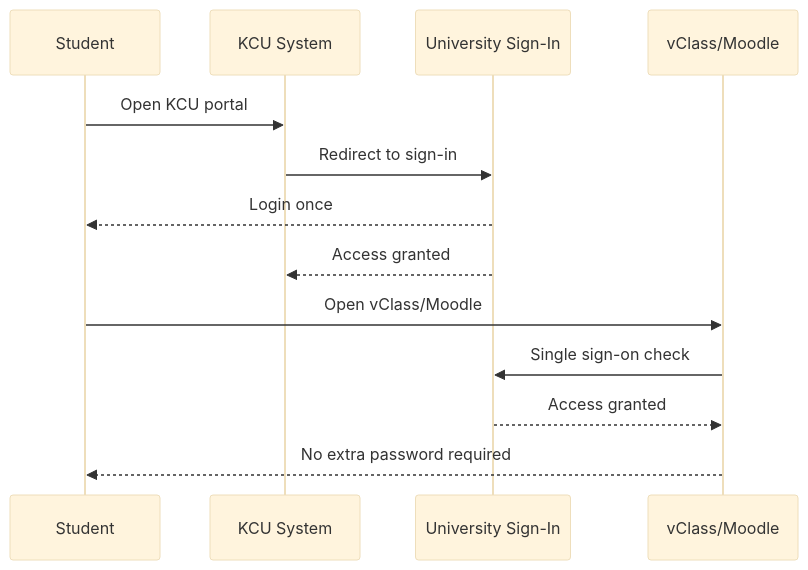
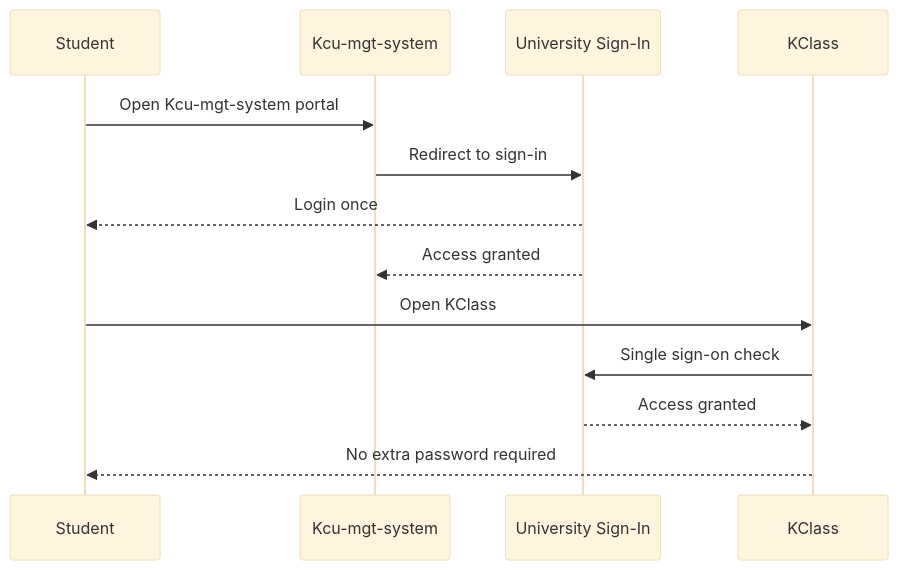
The fifth of 6 diagrams in docs/FLOW_OVERVIEW_README.md (Iranks20/university-mgt-system-frontend), drawn with Mermaid (base theme) before and after one commit. The commit also changed other lines of this file, not shown here.

````diff
--- a/docs/FLOW_OVERVIEW_README.md
+++ b/docs/FLOW_OVERVIEW_README.md
@@ -183,16 +183,16 @@
 ```mermaid
 sequenceDiagram
   participant Student
-  participant KCU as KCU System
+  participant KCU as Kcu-mgt-system
   participant SSO as University Sign-In
-  participant Moodle as vClass/Moodle
+  participant Moodle as KClass
 
-  Student->>KCU: Open KCU portal
+  Student->>KCU: Open Kcu-mgt-system portal
   KCU->>SSO: Redirect to sign-in
   SSO-->>Student: Login once
   SSO-->>KCU: Access granted
-  Student->>Moodle: Open vClass/Moodle
+  Student->>Moodle: Open KClass
   Moodle->>SSO: Single sign-on check
   SSO-->>Moodle: Access granted
   Moodle-->>Student: No extra password required
 ```
````
